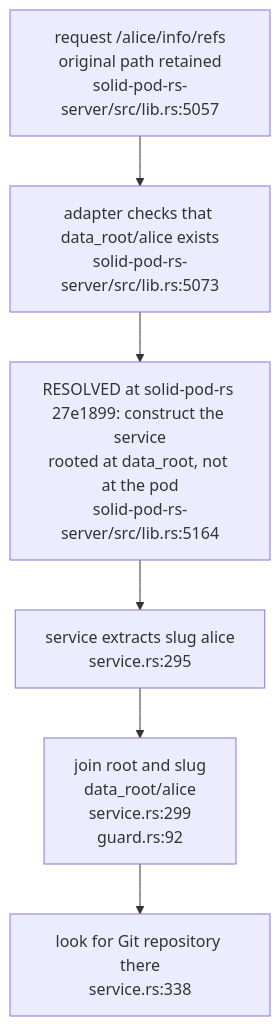
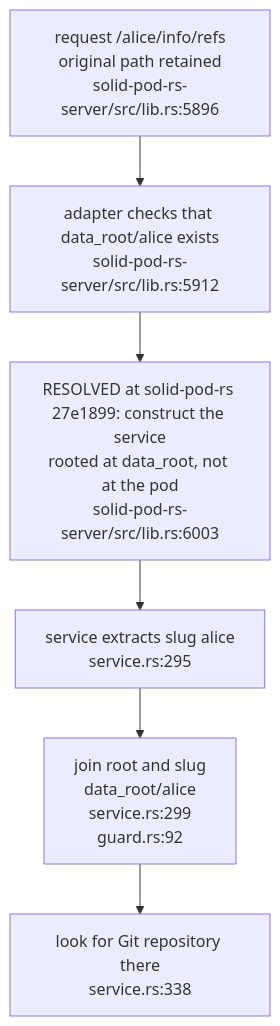
Before and after one commit to DreamLab-AI/VisionFlow: the first of 4 diagrams in docs/diagrams/solid-pod-rs/14-git-export-boundaries.md, drawn with Mermaid. The commit also changed other lines of this file and 1 other file, not shown here.

First line of the commit message:
docs(diagrams): SP-08, SP-14 re-verified at solid-pod-rs a28a748

````diff
--- a/docs/diagrams/solid-pod-rs/14-git-export-boundaries.md
+++ b/docs/diagrams/solid-pod-rs/14-git-export-boundaries.md
@@ -31,10 +31,10 @@
 ```mermaid
 flowchart TD
-    REQUEST["request /alice/info/refs<br/>original path retained<br/>solid-pod-rs-server/src/lib.rs:5057"]
-    ROOT["adapter checks that data_root/alice exists<br/>solid-pod-rs-server/src/lib.rs:5073"]
-    SERVICE["RESOLVED at solid-pod-rs 27e1899: construct the service<br/>rooted at data_root, not at the pod<br/>solid-pod-rs-server/src/lib.rs:5164"]
+    REQUEST["request /alice/info/refs<br/>original path retained<br/>solid-pod-rs-server/src/lib.rs:5896"]
+    ROOT["adapter checks that data_root/alice exists<br/>solid-pod-rs-server/src/lib.rs:5912"]
+    SERVICE["RESOLVED at solid-pod-rs 27e1899: construct the service<br/>rooted at data_root, not at the pod<br/>solid-pod-rs-server/src/lib.rs:6003"]
     SLUG["service extracts slug alice<br/>service.rs:295"]
     JOIN["join root and slug<br/>data_root/alice<br/>service.rs:299<br/>guard.rs:92"]
     REPO["look for Git repository there<br/>service.rs:338"]
     REQUEST --> ROOT --> SERVICE --> SLUG --> JOIN --> REPO
 ```
````
